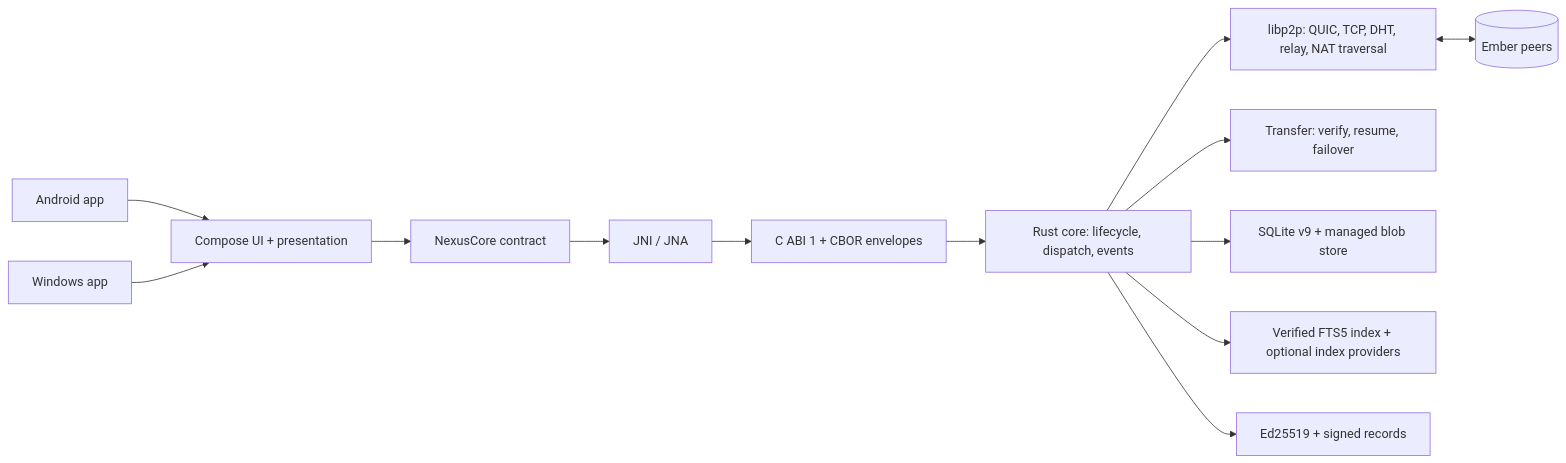
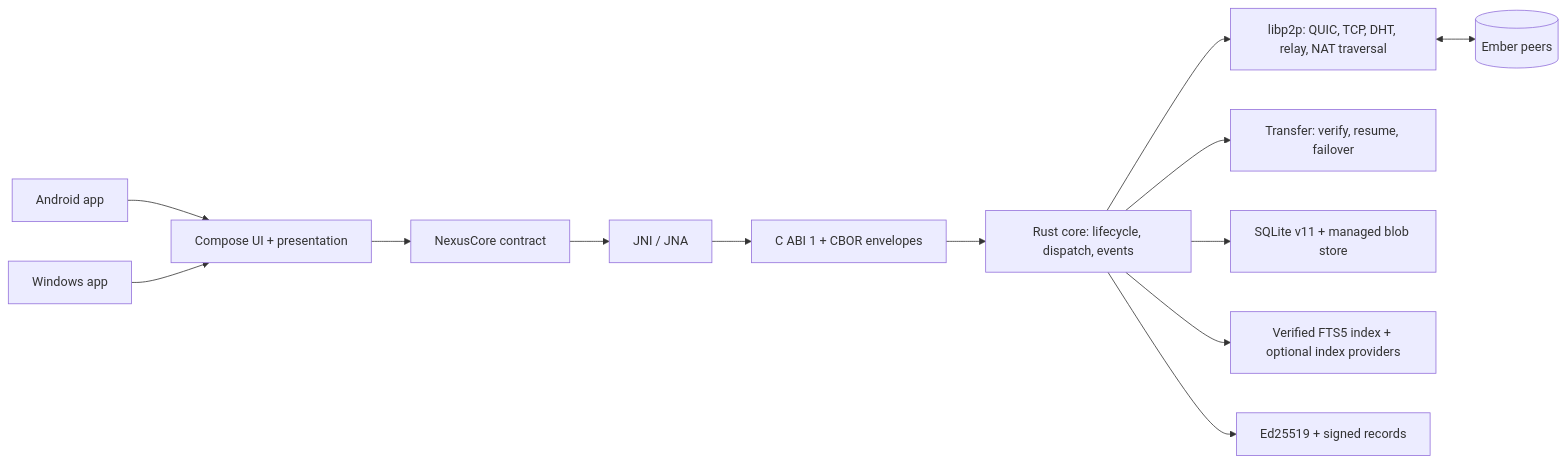
One commit to farokh-ra/Ember changed the diagram in README.md. Above: the diagram before and after it, drawn with Mermaid. The commit also changed other lines of this file and 31 other files, not shown here.

````diff
--- a/README.md
+++ b/README.md
@@ -137,15 +149,15 @@
 ```mermaid
 flowchart LR
     A["Android app"] --> UI["Compose UI + presentation"]
     W["Windows app"] --> UI
     UI --> API["NexusCore contract"]
     API --> BR["JNI / JNA"]
     BR --> FFI["C ABI 1 + CBOR envelopes"]
     FFI --> CORE["Rust core: lifecycle, dispatch, events"]
     CORE --> NET["libp2p: QUIC, TCP, DHT, relay, NAT traversal"]
     CORE --> XFER["Transfer: verify, resume, failover"]
-    CORE --> STORE["SQLite v9 + managed blob store"]
+    CORE --> STORE["SQLite v11 + managed blob store"]
     CORE --> SEARCH["Verified FTS5 index + optional index providers"]
     CORE --> CRYPTO["Ed25519 + signed records"]
     NET <--> PEERS[("Ember peers")]
 ```
````
